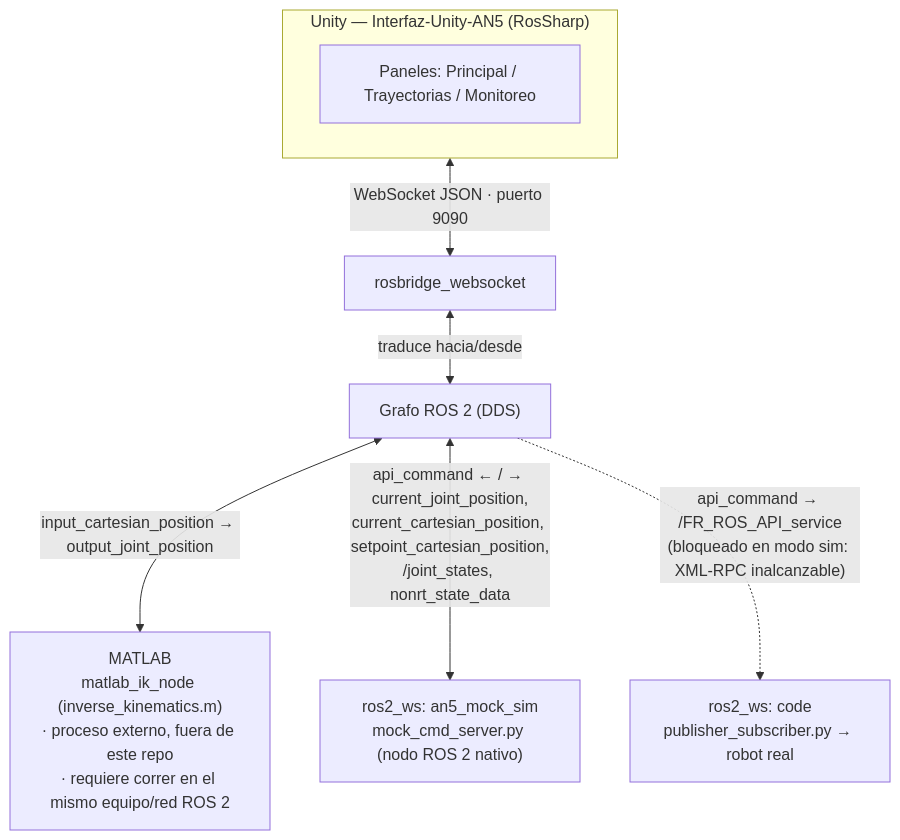
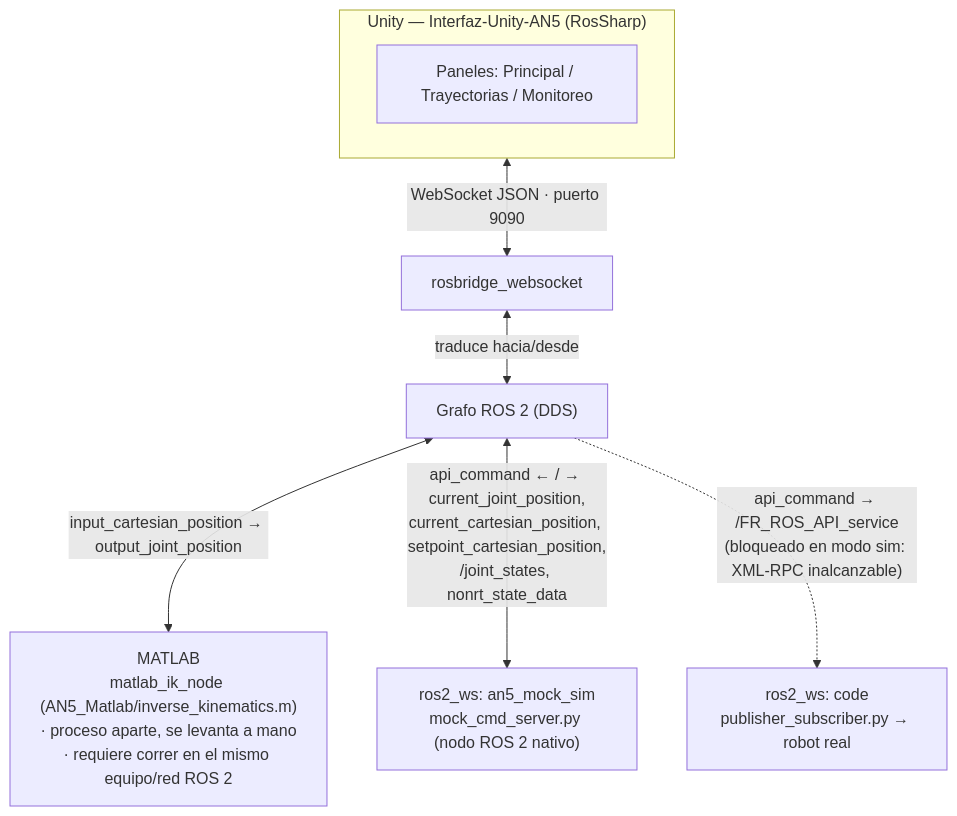
One commit to MooZ91/Project_AN5 changed the diagram in README.md. Above: the diagram before and after it, drawn with Mermaid. The commit also changed other lines of this file, not shown here.

First line of the commit message:
Document AN5_Matlab in the root README

````diff
--- a/README.md
+++ b/README.md
@@ -54,13 +55,13 @@
 ```mermaid
 flowchart TB
     subgraph Unity["Unity — Interfaz-Unity-AN5 (RosSharp)"]
         UI["Paneles: Principal / Trayectorias / Monitoreo"]
     end
 
     Unity <-->|"WebSocket JSON · puerto 9090"| Bridge["rosbridge_websocket"]
     Bridge <-->|traduce hacia/desde| Graph["Grafo ROS 2 (DDS)"]
 
-    Graph <-->|"input_cartesian_position → output_joint_position"| Matlab["MATLAB\nmatlab_ik_node (inverse_kinematics.m)\n· proceso externo, fuera de este repo\n· requiere correr en el mismo equipo/red ROS 2"]
+    Graph <-->|"input_cartesian_position → output_joint_position"| Matlab["MATLAB\nmatlab_ik_node (AN5_Matlab/inverse_kinematics.m)\n· proceso aparte, se levanta a mano\n· requiere correr en el mismo equipo/red ROS 2"]
     Graph <-->|"api_command ← / → current_joint_position,\ncurrent_cartesian_position, setpoint_cartesian_position,\n/joint_states, nonrt_state_data"| Mock["ros2_ws: an5_mock_sim\nmock_cmd_server.py (nodo ROS 2 nativo)"]
     Graph -.->|"api_command → /FR_ROS_API_service\n(bloqueado en modo sim: XML-RPC inalcanzable)"| Real["ros2_ws: code\npublisher_subscriber.py → robot real"]
 ```
````
